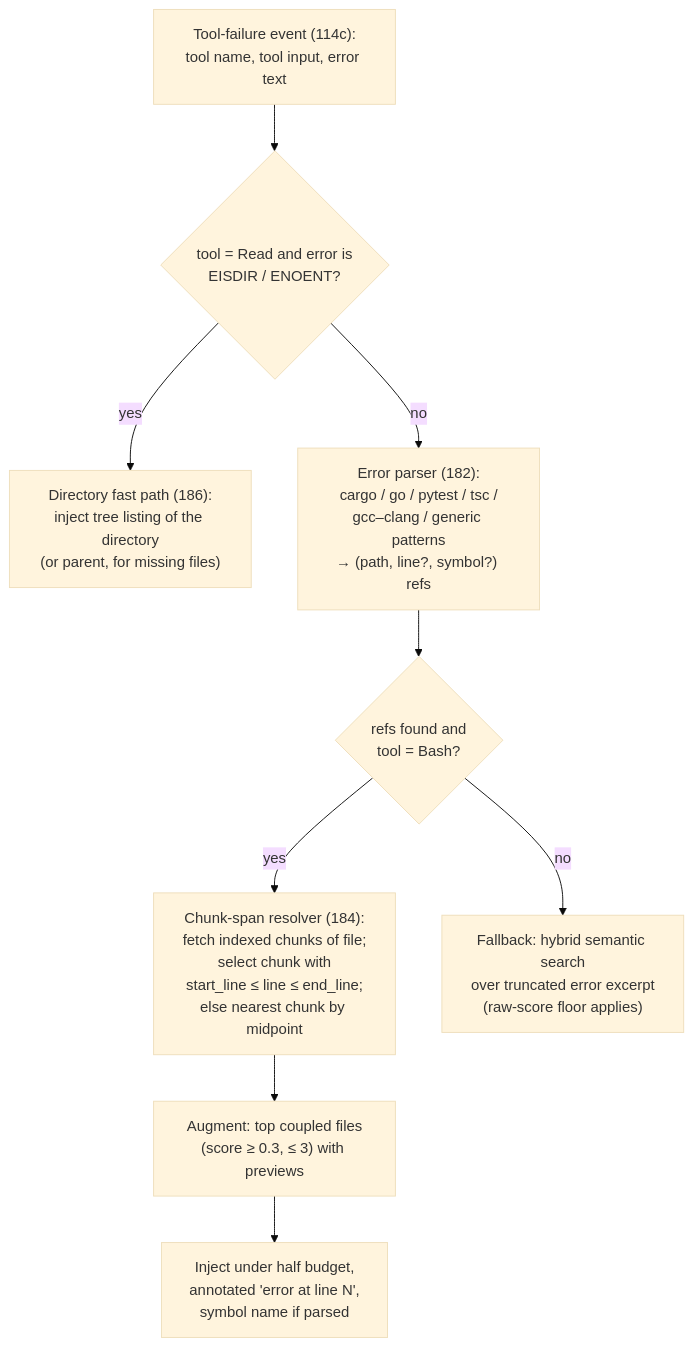
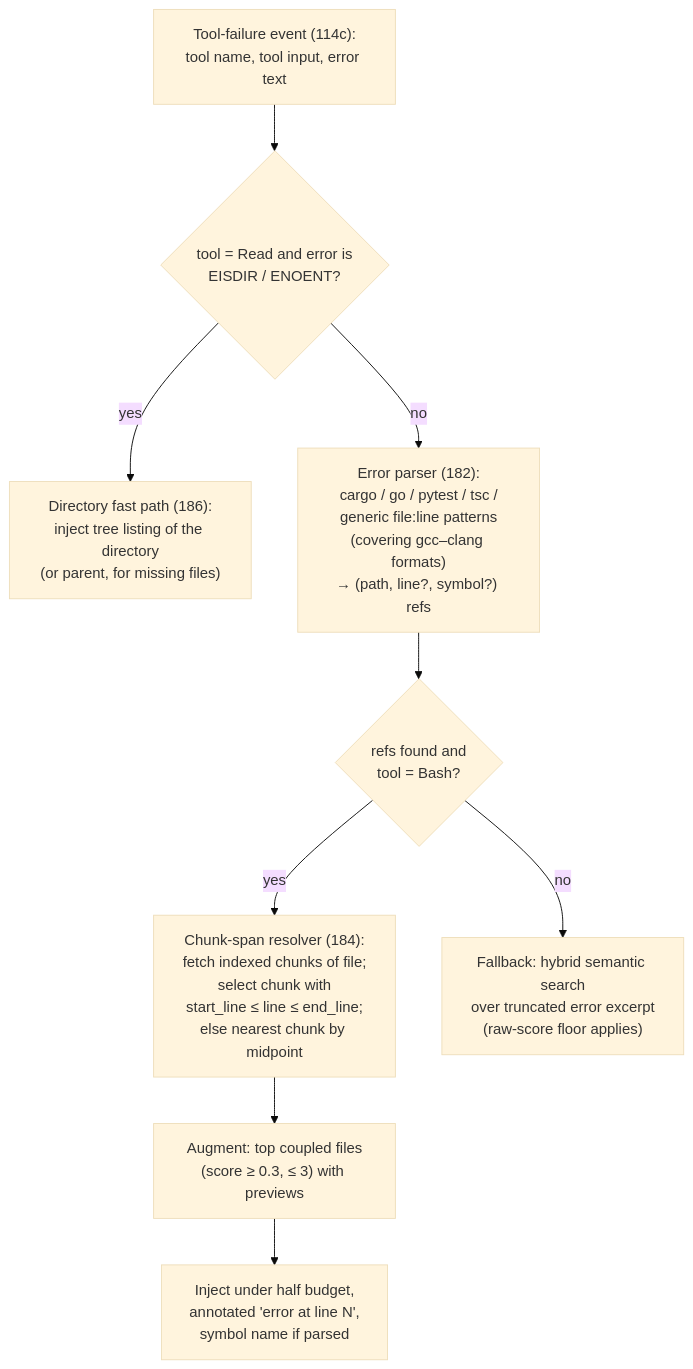
The sixth of 7 diagrams in docs/patents/provisional-retrieval-cluster.md (scbrown/bobbin), drawn with Mermaid (base theme) before and after one commit. The commit also changed other lines of this file and 1 other file, not shown here.

````diff
--- a/docs/patents/provisional-retrieval-cluster.md
+++ b/docs/patents/provisional-retrieval-cluster.md
@@ -298,11 +299,11 @@
 ```mermaid
 flowchart TB
     EVT["Tool-failure event (114c):<br/>tool name, tool input, error text"] --> RD{"tool = Read and error is<br/>EISDIR / ENOENT?"}
     RD -- yes --> TREE["Directory fast path (186):<br/>inject tree listing of the directory<br/>(or parent, for missing files)"]
-    RD -- no --> PARSE["Error parser (182):<br/>cargo / go / pytest / tsc /<br/>gcc–clang / generic patterns<br/>→ (path, line?, symbol?) refs"]
+    RD -- no --> PARSE["Error parser (182):<br/>cargo / go / pytest / tsc /<br/>generic file:line patterns<br/>(covering gcc–clang formats)<br/>→ (path, line?, symbol?) refs"]
     PARSE --> REFS{"refs found and<br/>tool = Bash?"}
-    REFS -- yes --> SPAN["Chunk-span resolver (184):<br/>fetch indexed chunks of file;<br/>select chunk with<br/>start_line ≤ line ≤ end_line;<br/>else nearest chunk by midpoint"]
-    SPAN --> COUP["Augment: top coupled files<br/>(score ≥ 0.3, ≤ 3) with previews"]
+    REFS -- yes --> SPAN["Chunk-span resolver (184):<br/>fetch indexed chunks of file;<br/>select chunk with<br/>start_line &le; line &le; end_line;<br/>else nearest chunk by midpoint"]
+    SPAN --> COUP["Augment: top coupled files<br/>(score &ge; 0.3, &le; 3) with previews"]
     COUP --> OUT["Inject under half budget,<br/>annotated 'error at line N',<br/>symbol name if parsed"]
     REFS -- no --> SEM["Fallback: hybrid semantic search<br/>over truncated error excerpt<br/>(raw-score floor applies)"]
 ```
````
